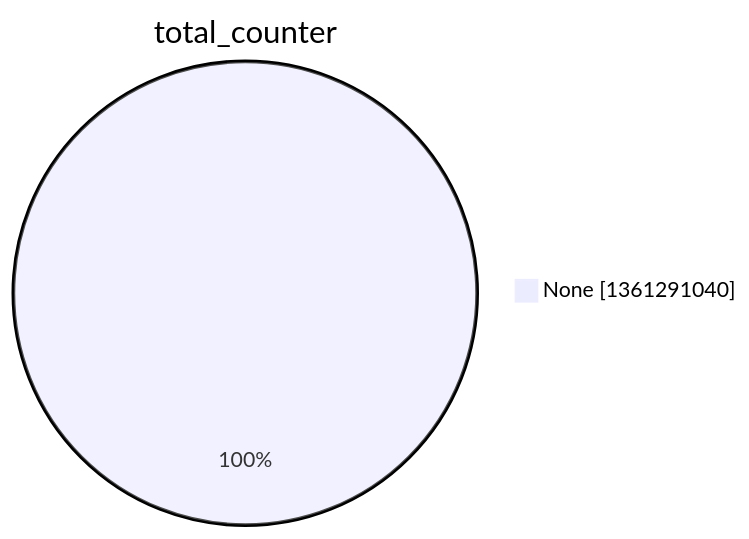
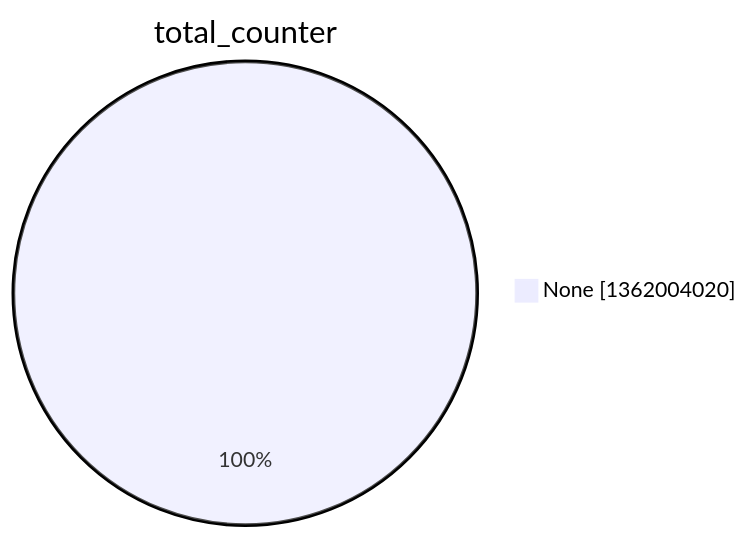
The second of 15 diagrams in argon2022/README.md (christiankrug/ctmonitor_visualization), drawn with Mermaid before and after one commit. The commit also changed other lines of this file, not shown here.

````diff
--- a/argon2022/README.md
+++ b/argon2022/README.md
@@ -9,5 +9,5 @@
 ```mermaid
 pie showData
 title total_counter
-"None" :1361291040
+"None" :1362004020
 ```
````
